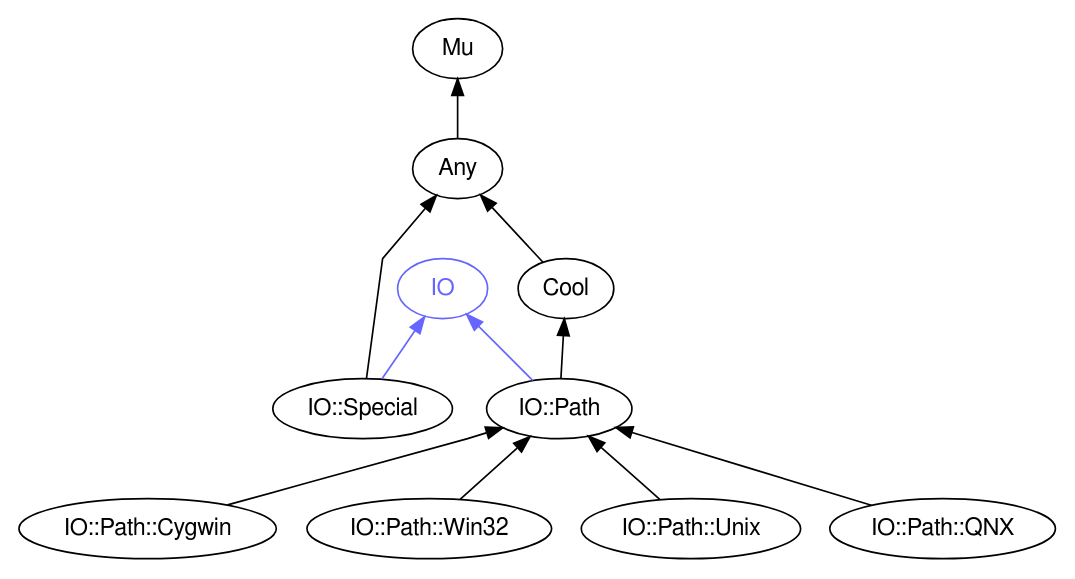
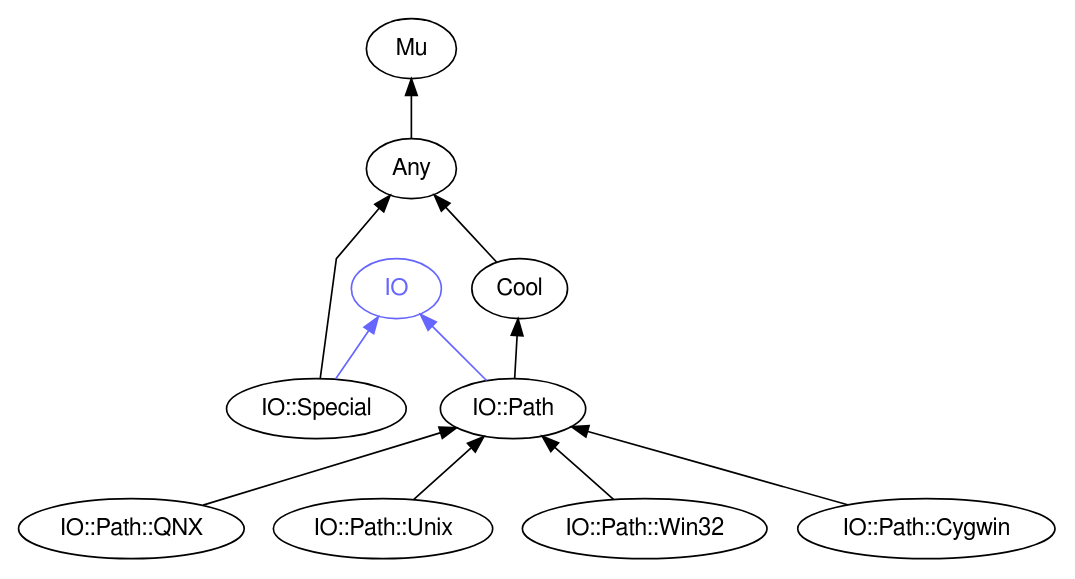
The diagram in images/type-graph-IO.svg.dot (perl6docs/perl6docs.github.io), drawn with Graphviz before and after one commit. The commit also changed other lines of this file and 4392 other files, not shown here.

```diff
--- a/images/type-graph-IO.svg.dot
+++ b/images/type-graph-IO.svg.dot
@@ -1,30 +1,30 @@
 digraph "perl6-type-graph" {
     rankdir=BT;
     splines=polyline;
     overlap=false; 
     // Types
     "IO" [color="#6666FF", fontcolor="#6666FF", href="/type/IO", fontname="FreeSans"];
     "Mu" [color="#000000", fontcolor="#000000", href="/type/Mu", fontname="FreeSans"];
     "Any" [color="#000000", fontcolor="#000000", href="/type/Any", fontname="FreeSans"];
     "IO::Special" [color="#000000", fontcolor="#000000", href="/type/IO::Special", fontname="FreeSans"];
     "Cool" [color="#000000", fontcolor="#000000", href="/type/Cool", fontname="FreeSans"];
     "IO::Path" [color="#000000", fontcolor="#000000", href="/type/IO::Path", fontname="FreeSans"];
+    "IO::Path::QNX" [color="#000000", fontcolor="#000000", href="/type/IO::Path::QNX", fontname="FreeSans"];
+    "IO::Path::Unix" [color="#000000", fontcolor="#000000", href="/type/IO::Path::Unix", fontname="FreeSans"];
+    "IO::Path::Win32" [color="#000000", fontcolor="#000000", href="/type/IO::Path::Win32", fontname="FreeSans"];
     "IO::Path::Cygwin" [color="#000000", fontcolor="#000000", href="/type/IO::Path::Cygwin", fontname="FreeSans"];
-    "IO::Path::Win32" [color="#000000", fontcolor="#000000", href="/type/IO::Path::Win32", fontname="FreeSans"];
-    "IO::Path::Unix" [color="#000000", fontcolor="#000000", href="/type/IO::Path::Unix", fontname="FreeSans"];
-    "IO::Path::QNX" [color="#000000", fontcolor="#000000", href="/type/IO::Path::QNX", fontname="FreeSans"];
 
     // Superclasses
     "Any" -> "Mu" [color="#000000"];
     "IO::Special" -> "Any" [color="#000000"];
     "Cool" -> "Any" [color="#000000"];
     "IO::Path" -> "Cool" [color="#000000"];
+    "IO::Path::QNX" -> "IO::Path" [color="#000000"];
+    "IO::Path::Unix" -> "IO::Path" [color="#000000"];
+    "IO::Path::Win32" -> "IO::Path" [color="#000000"];
     "IO::Path::Cygwin" -> "IO::Path" [color="#000000"];
-    "IO::Path::Win32" -> "IO::Path" [color="#000000"];
-    "IO::Path::Unix" -> "IO::Path" [color="#000000"];
-    "IO::Path::QNX" -> "IO::Path" [color="#000000"];
 
     // Roles
     "IO::Special" -> "IO" [color="#6666FF"];
     "IO::Path" -> "IO" [color="#6666FF"];
 }
```
